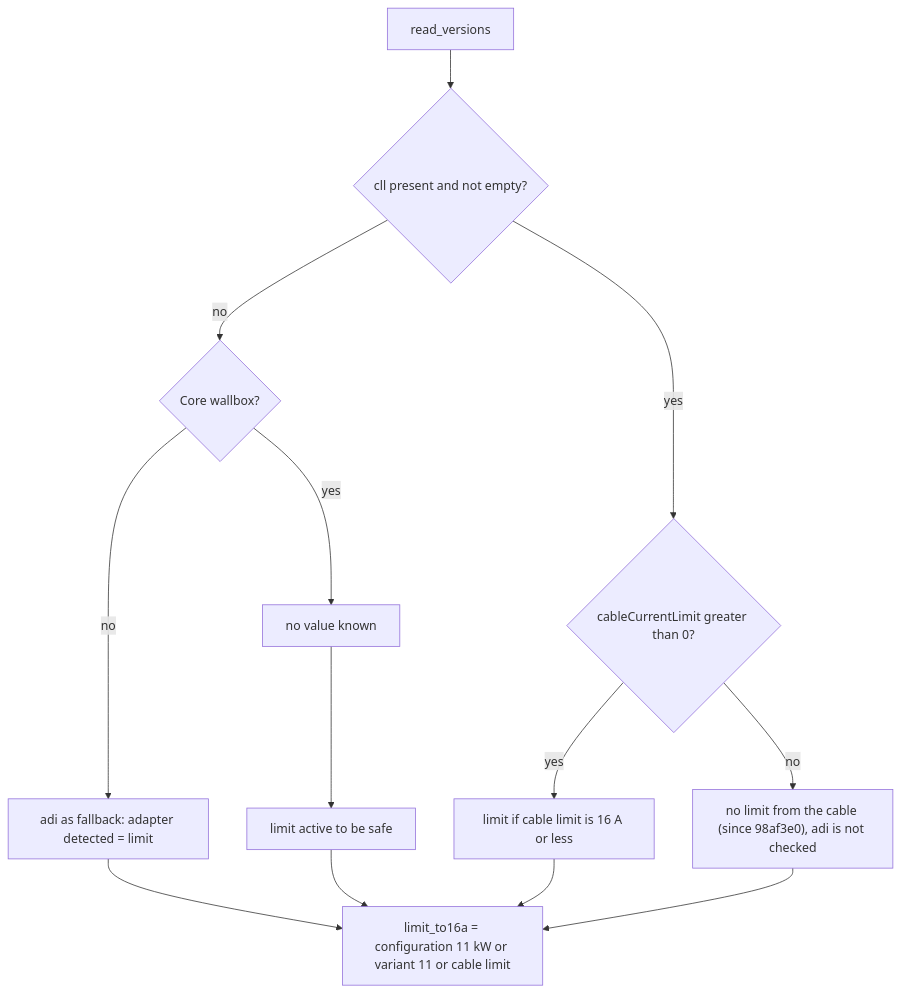
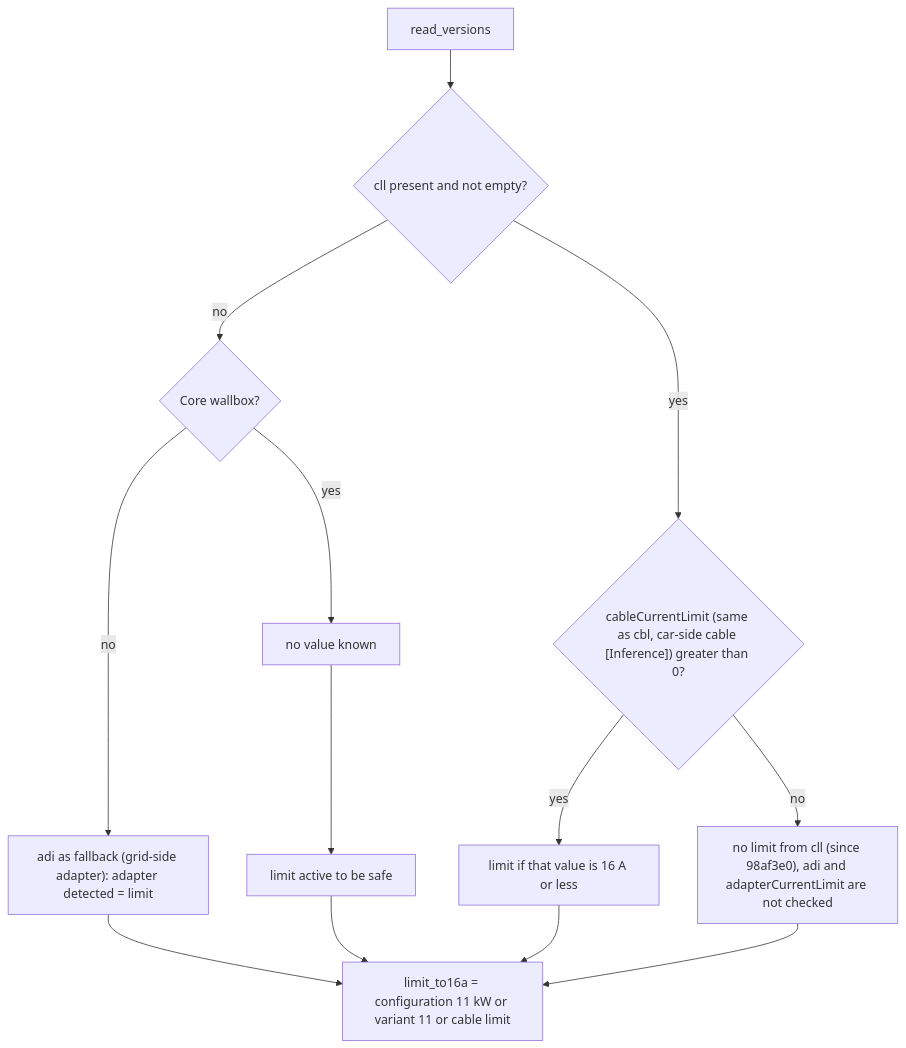
One commit to OliEder/ha-goecharger-api2 changed the tenth of 12 diagrams in docs/architecture/arc42-ha-goecharger-api2.md. Above: the diagram before and after it, drawn with Mermaid. The commit also changed other lines of this file and 2 other files, not shown here.

Commit message:
docs: cable and adapter are separate limits (R029, R033, arc42), evidence from a V4 with firmware 59.4
cableCurrentLimit has the value of cbl (car-side cable, inferred), the grid-side
adapter has adapterCurrentLimit and adi; the code reads adapterCurrentLimit
nowhere. The assumption 'only Flex has the key' is disproved for one device.

````diff
--- a/docs/architecture/arc42-ha-goecharger-api2.md
+++ b/docs/architecture/arc42-ha-goecharger-api2.md
@@ -430,15 +430,15 @@
 ```mermaid
 flowchart TD
     A["read_versions"] --> B{"cll present and not empty?"}
     B -- no --> F{"Core wallbox?"}
-    F -- no --> G["adi as fallback: adapter detected = limit"]
+    F -- no --> G["adi as fallback (grid-side adapter): adapter detected = limit"]
     F -- yes --> H["no value known"]
-    B -- yes --> C{"cableCurrentLimit greater than 0?"}
-    C -- yes --> D["limit if cable limit is 16 A or less"]
-    C -- no --> E["no limit from the cable (since 98af3e0), adi is not checked"]
+    B -- yes --> C{"cableCurrentLimit (same as cbl, car-side cable [Inference]) greater than 0?"}
+    C -- yes --> D["limit if that value is 16 A or less"]
+    C -- no --> E["no limit from cll (since 98af3e0), adi and adapterCurrentLimit are not checked"]
     G --> I
     H --> J["limit active to be safe"]
     D --> I["limit_to16a = configuration 11 kW or variant 11 or cable limit"]
     E --> I
     J --> I
 ```
````
